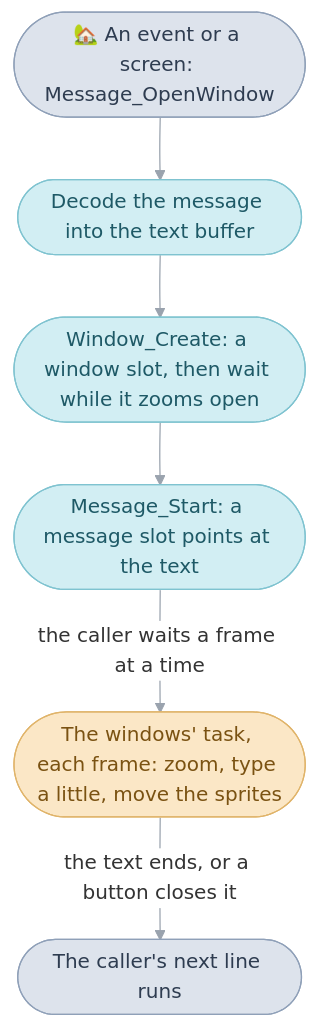
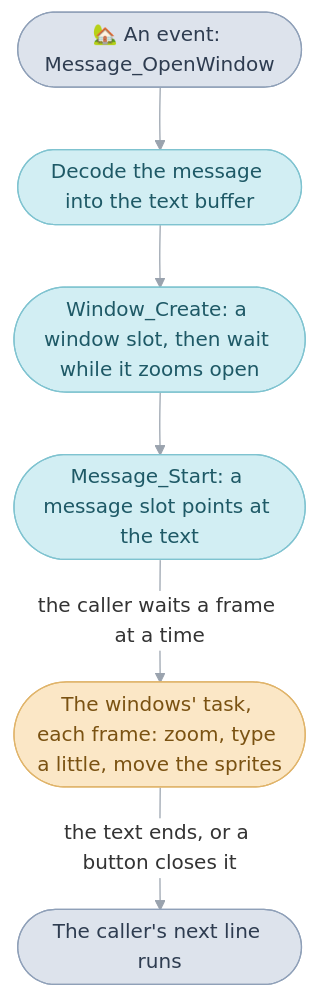
One commit to PascalPixel/alchemy changed the first of 5 diagrams in games/tbs/src/window/README.md. Above: the diagram before and after it, drawn with Mermaid. The commit also changed other lines of this file and 1 other file, not shown here.

````diff
--- a/games/tbs/src/window/README.md
+++ b/games/tbs/src/window/README.md
@@ -30,15 +30,15 @@
 ```mermaid
 %%{init: {"theme": "base", "themeVariables": {"lineColor": "#9AA3AE", "edgeLabelBackground": "#FFFFFF"}, "flowchart": {"curve": "basis", "padding": 12}}}%%
 flowchart TD
-  caller(["🏡 An event or a screen: Message_OpenWindow"]) --> decode(["Decode the message into the text buffer"])
+  caller(["🏡 An event: Message_OpenWindow"]) --> decode(["Decode the message into the text buffer"])
   decode --> create(["Window_Create: a window slot, then wait while it zooms open"])
   create --> start(["Message_Start: a message slot points at the text"])
   start -- "the caller waits a frame at a time" --> task(["The windows' task, each frame: zoom, type a little, move the sprites"])
   task -- "the text ends, or a button closes it" --> back(["The caller's next line runs"])
   classDef code fill:#DDE3EC,stroke:#8FA0B8,color:#2E3C50
   classDef work fill:#D2EEF3,stroke:#7FC3D0,color:#1E5966
   classDef frame fill:#FBE7C6,stroke:#E0B46A,color:#7A5212
   class caller,back code
   class decode,create,start work
   class task frame
 ```
````
